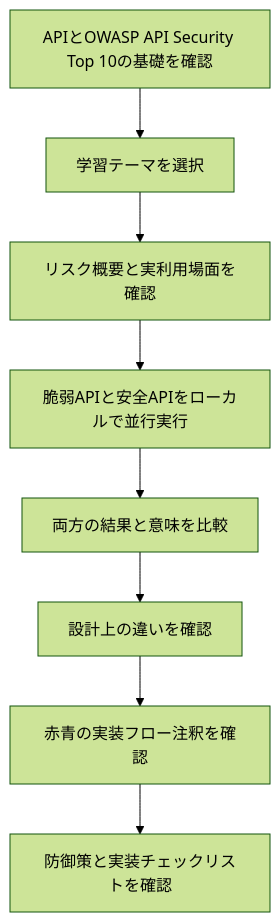
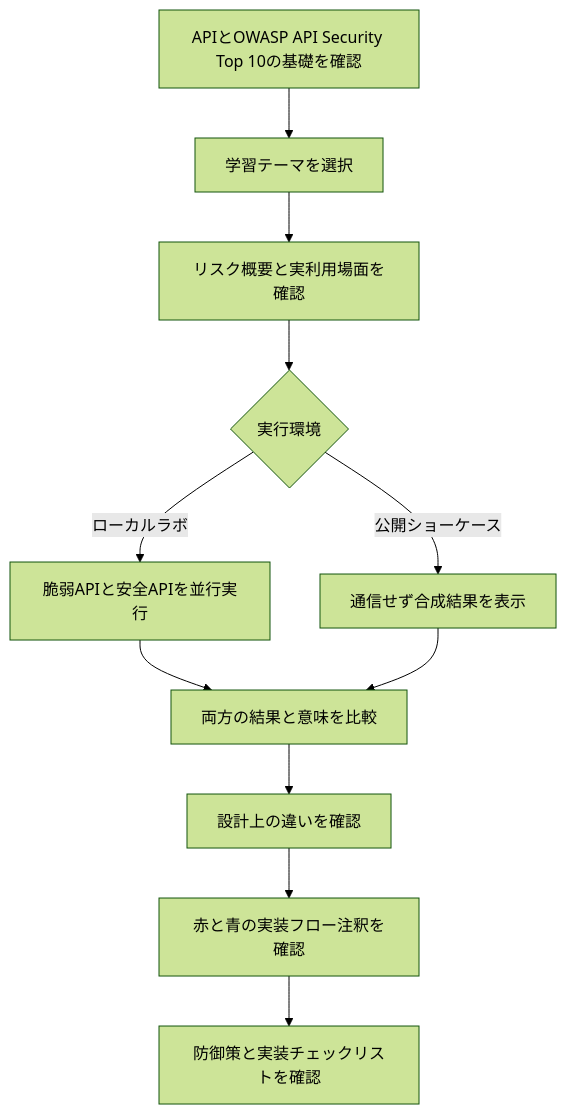
Before and after one commit to kiryu1211/api-security-lab-platform: the diagram in docs/proposal.ja.md, drawn with Mermaid (forest theme). The commit also changed other lines of this file and 22 other files, not shown here.

````diff
--- a/docs/proposal.ja.md
+++ b/docs/proposal.ja.md
@@ -37,10 +38,13 @@
 ```mermaid
 flowchart TD
     A[APIとOWASP API Security Top 10の基礎を確認] --> B[学習テーマを選択]
     B --> C[リスク概要と実利用場面を確認]
-    C --> D[脆弱APIと安全APIをローカルで並行実行]
-    D --> E[両方の結果と意味を比較]
-    E --> F[設計上の違いを確認]
-    F --> G[赤青の実装フロー注釈を確認]
-    G --> H[防御策と実装チェックリストを確認]
+    C --> D{実行環境}
+    D -- ローカルラボ --> E[脆弱APIと安全APIを並行実行]
+    D -- 公開ショーケース --> F[通信せず合成結果を表示]
+    E --> G[両方の結果と意味を比較]
+    F --> G
+    G --> H[設計上の違いを確認]
+    H --> I[赤と青の実装フロー注釈を確認]
+    I --> J[防御策と実装チェックリストを確認]
 ```
````
